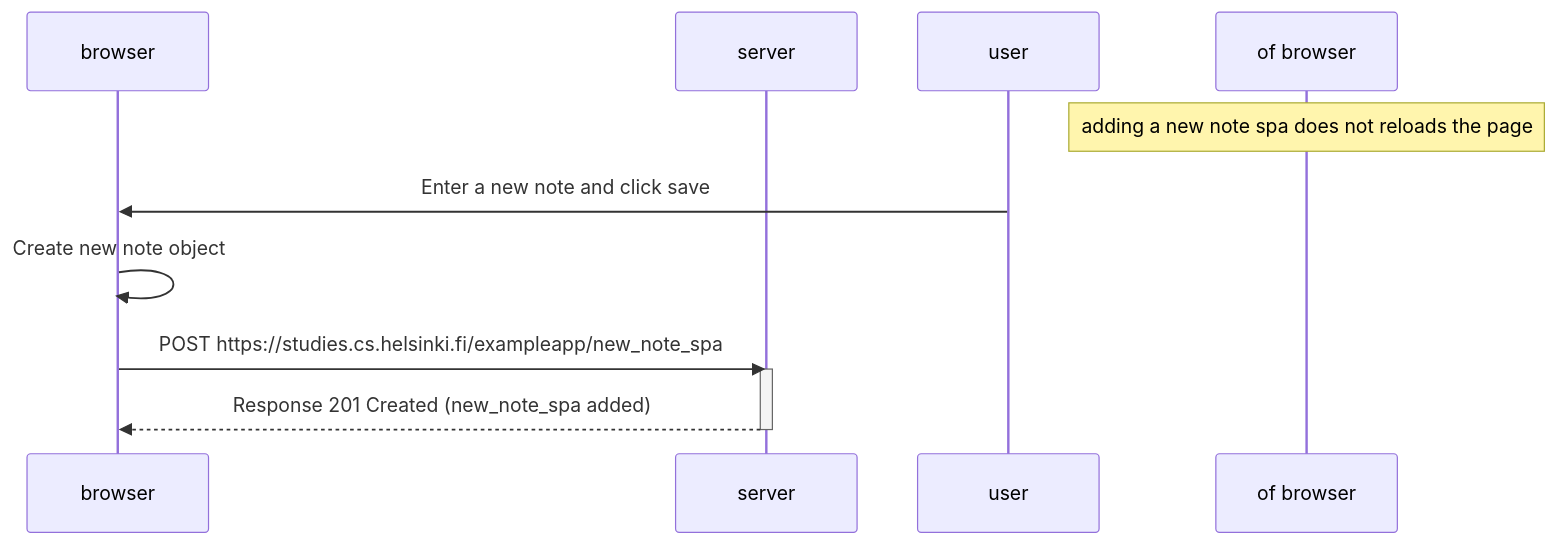
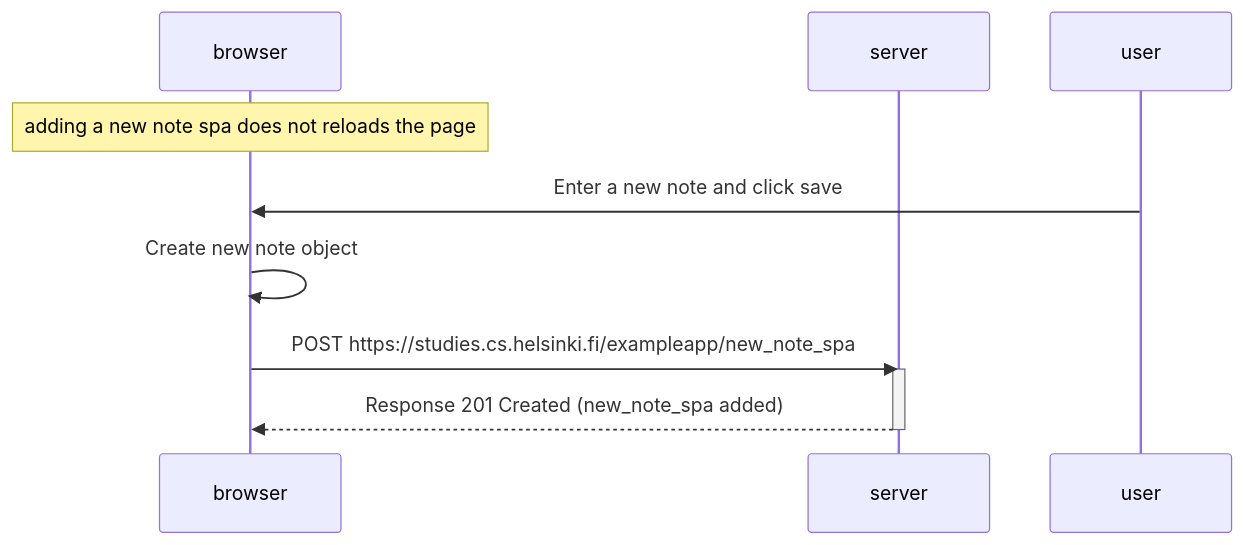
Before and after one commit to nkanagno/my-submissions: the diagram in part0/0.6.New_note_spa_Single_page_app_diagram/New_note__spa_diagram.md, drawn with Mermaid.

Commit message:
add part0

````diff
--- a/part0/0.6.New_note_spa_Single_page_app_diagram/New_note__spa_diagram.md
+++ b/part0/0.6.New_note_spa_Single_page_app_diagram/New_note__spa_diagram.md
@@ -1,16 +1,16 @@
 ```mermaid
 sequenceDiagram
     participant browser
     participant server
     participant user
 
-    Note over of browser: adding a new note spa does not reloads the page
+    Note over browser: adding a new note spa does not reloads the page
     
     user->>browser: Enter a new note and click save
     browser->>browser: Create new note object
     browser->>server: POST https://studies.cs.helsinki.fi/exampleapp/new_note_spa
     activate server
     server-->>browser: Response 201 Created (new_note_spa added)
     deactivate server
 
 ```
````
